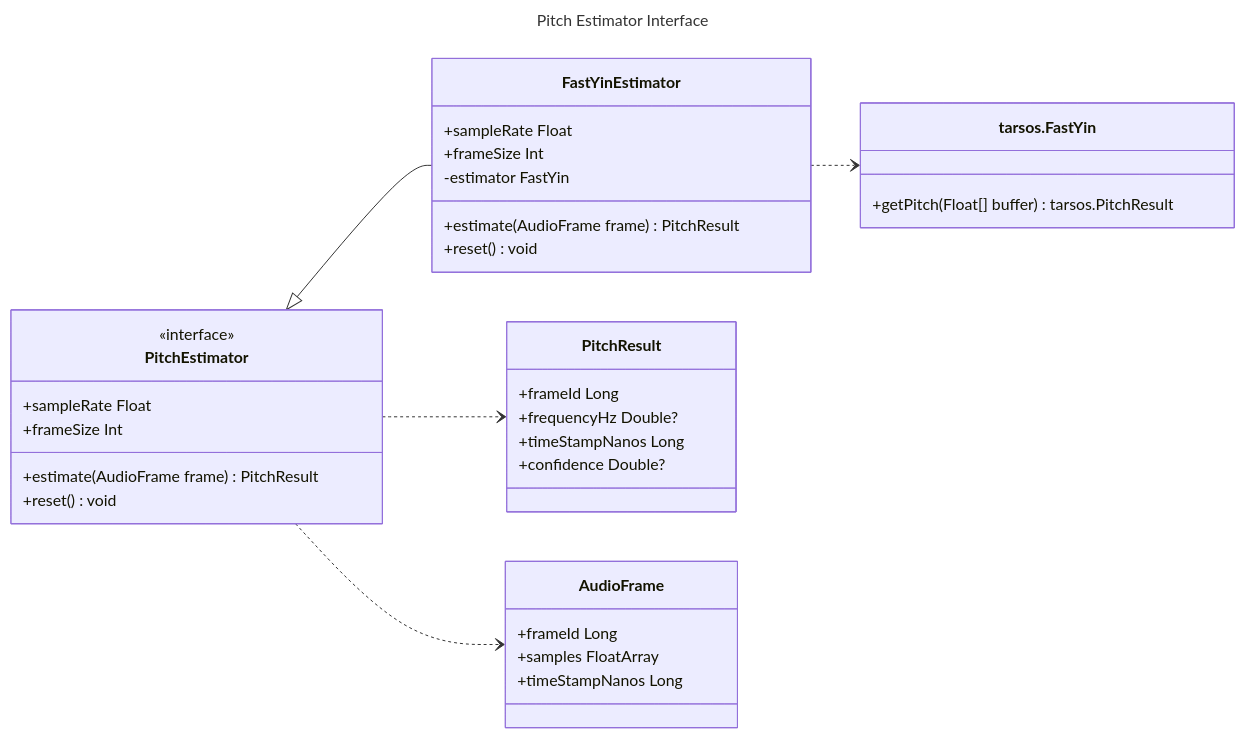
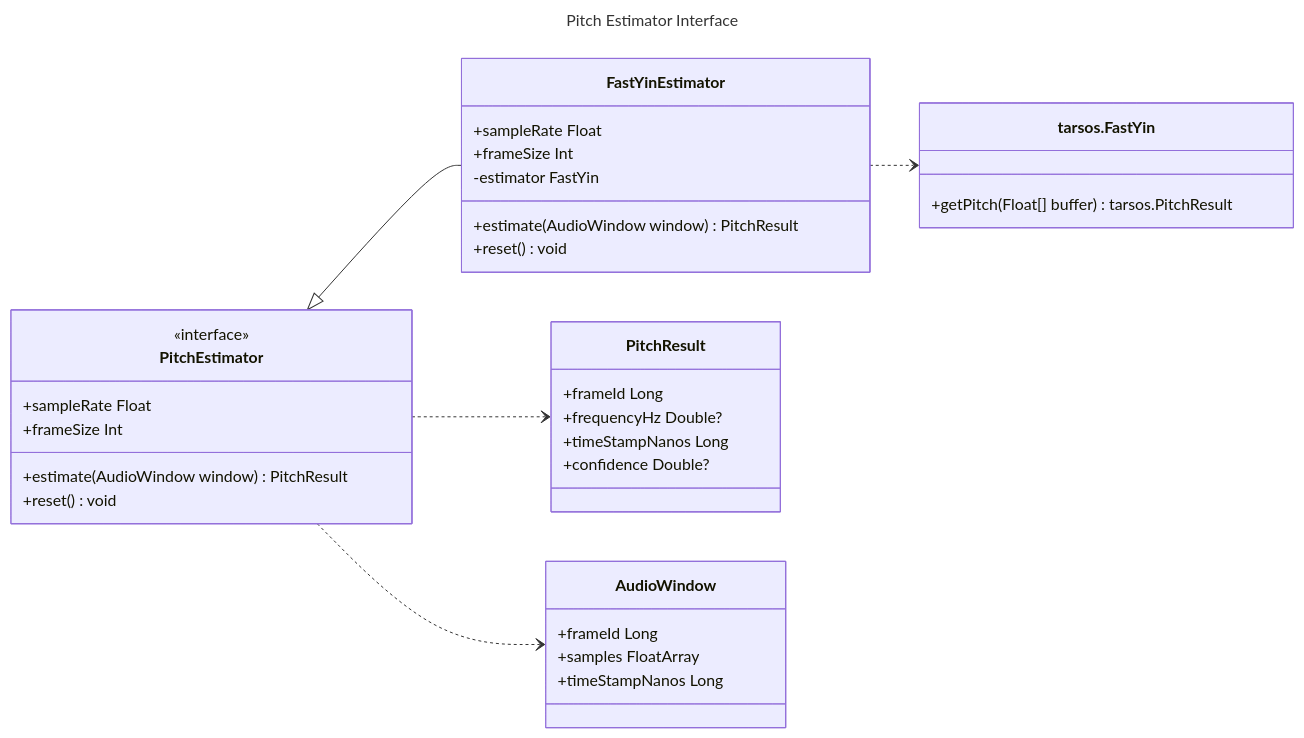
One commit to sgo4/CSM500-2026-APR_Project changed the diagram in SawEars_client/docs/diagrams/pitch/PitchEstimator.mmd. Above: the diagram before and after it, drawn with Mermaid. The commit also changed 17 other files, not shown here.

Commit message:
add charts

```diff
--- a/SawEars_client/docs/diagrams/pitch/PitchEstimator.mmd
+++ b/SawEars_client/docs/diagrams/pitch/PitchEstimator.mmd
@@ -1,52 +1,52 @@
 ---
 title: Pitch Estimator Interface
 ---
 classDiagram
 direction LR
 %% Classes
 class PitchEstimator{
     <<interface>>
     +sampleRate Float
     +frameSize Int
-    +estimate(AudioFrame frame) PitchResult
+    +estimate(AudioWindow window) PitchResult
     +reset() void
 }
 
 class FastYinEstimator{
     +sampleRate Float
     +frameSize Int
     -estimator FastYin
-    +estimate(AudioFrame frame) PitchResult
+    +estimate(AudioWindow window) PitchResult
     +reset() void
 }
 
 class tarsos.FastYin{
     +getPitch(Float[] buffer) tarsos.PitchResult
 }
 
 
 
 
 class PitchResult{
     +frameId Long
     +frequencyHz Double?
     +timeStampNanos Long
     +confidence Double?
 }
 
-class AudioFrame{
+class AudioWindow{
     +frameId Long
     +samples FloatArray
     +timeStampNanos Long
 }
 
 %%Relationships
 %% YinEstimator implements PitchEstimator
 PitchEstimator <|-- FastYinEstimator
 
 %% PitchEstimator dependencies
-PitchEstimator ..> AudioFrame
+PitchEstimator ..> AudioWindow
 PitchEstimator ..> PitchResult
 
 %% FastYin dependencies
 FastYinEstimator ..> tarsos.FastYin
```
